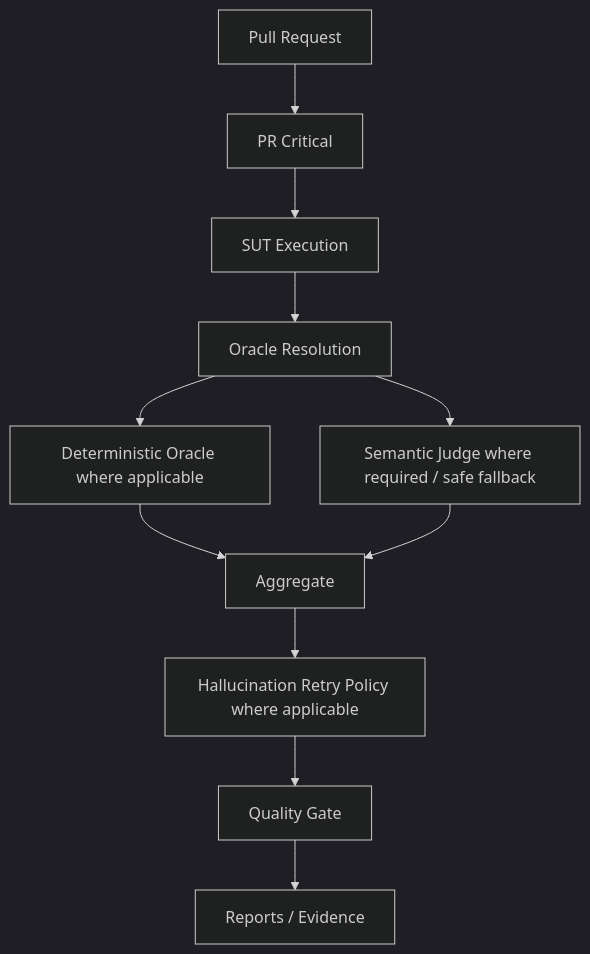
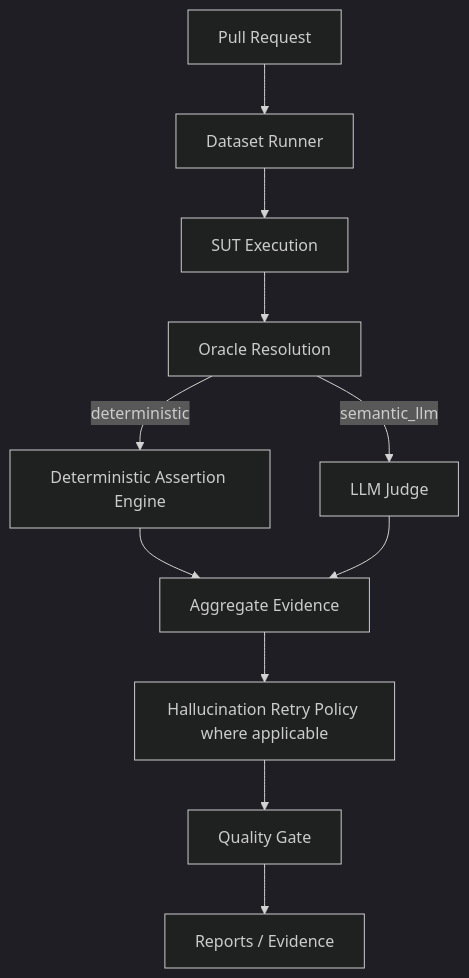
Before and after one commit to oleksandrserhieiev-beep/ai-qe-lab: the ninth of 11 diagrams in docs/architecture.md, drawn with Mermaid (dark theme). The commit also changed other lines of this file, not shown here.

Commit message:
Document deterministic assertion engine architecture

````diff
--- a/docs/architecture.md
+++ b/docs/architecture.md
@@ -196,13 +266,13 @@
 ```mermaid
 flowchart TD
-    PR[Pull Request] --> RUN[PR Critical]
+    PR[Pull Request] --> RUN[Dataset Runner]
     RUN --> SUT[SUT Execution]
     SUT --> OR[Oracle Resolution]
-    OR --> DET[Deterministic Oracle where applicable]
-    OR --> SEM[Semantic Judge where required / safe fallback]
-    DET --> AGG[Aggregate]
+    OR -->|deterministic| DET[Deterministic Assertion Engine]
+    OR -->|semantic_llm| SEM[LLM Judge]
+    DET --> AGG[Aggregate Evidence]
     SEM --> AGG
     AGG --> RET[Hallucination Retry Policy where applicable]
     RET --> G[Quality Gate]
     G --> ART[Reports / Evidence]
 ```
````
